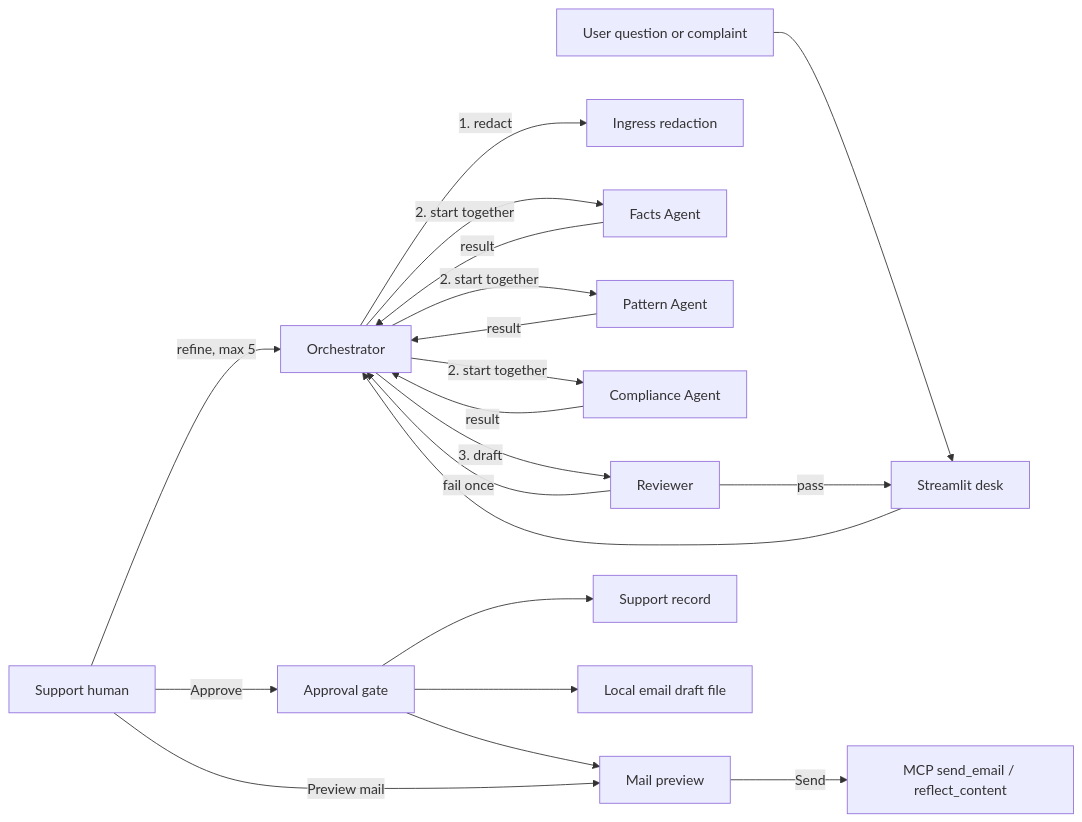
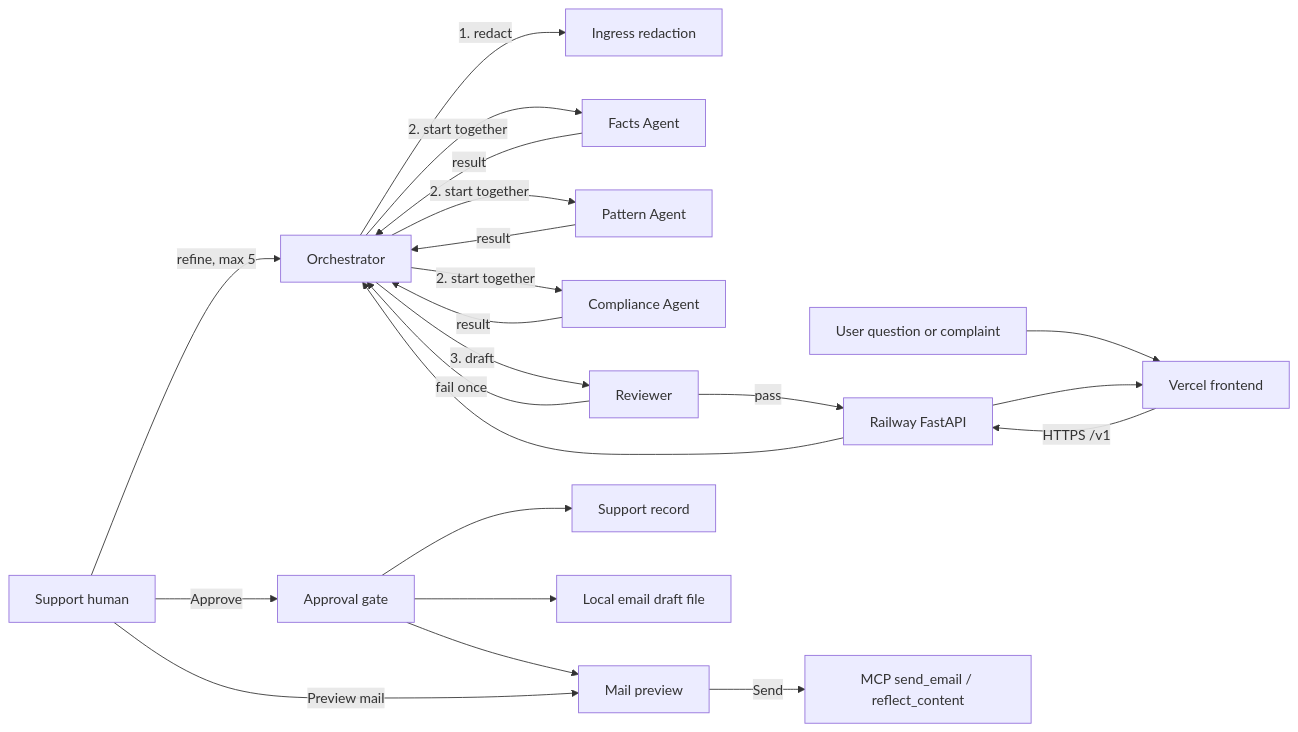
Before and after one commit to manisdevs-git/multi-agentic-system: the first of 5 diagrams in docs/architecture.md, drawn with Mermaid. The commit also changed other lines of this file and 20 other files, not shown here.

First line of the commit message:
Split the desk into a FastAPI backend and a Vercel React frontend.

````diff
--- a/docs/architecture.md
+++ b/docs/architecture.md
@@ -22,37 +24,40 @@
 ```mermaid
 flowchart LR
   Human[Support human]
   UserMsg[User question or complaint]
   Orch[Orchestrator]
   Ingress[Ingress redaction]
   Facts[Facts Agent]
   Pattern[Pattern Agent]
   Compliance[Compliance Agent]
   Reviewer[Reviewer]
-  Desk[Streamlit desk]
+  Desk[Vercel frontend]
+  API[Railway FastAPI]
   Gate[Approval gate]
   Preview[Mail preview]
   MCP[MCP send_email / reflect_content]
   Doc[Support record]
   DraftFile[Local email draft file]
 
   UserMsg --> Desk
-  Desk --> Orch
+  Desk -->|HTTPS /v1| API
+  API --> Orch
   Orch -->|1. redact| Ingress
   Orch -->|2. start together| Facts
   Orch -->|2. start together| Pattern
   Orch -->|2. start together| Compliance
   Facts -->|result| Orch
   Pattern -->|result| Orch
   Compliance -->|result| Orch
   Orch -->|3. draft| Reviewer
-  Reviewer -->|pass| Desk
+  Reviewer -->|pass| API
+  API --> Desk
   Reviewer -->|fail once| Orch
   Human -->|refine, max 5| Orch
   Human -->|Approve| Gate
   Gate --> Doc
   Gate --> DraftFile
   Gate --> Preview
   Human -->|Preview mail| Preview
   Preview -->|Send| MCP
 ```
````
